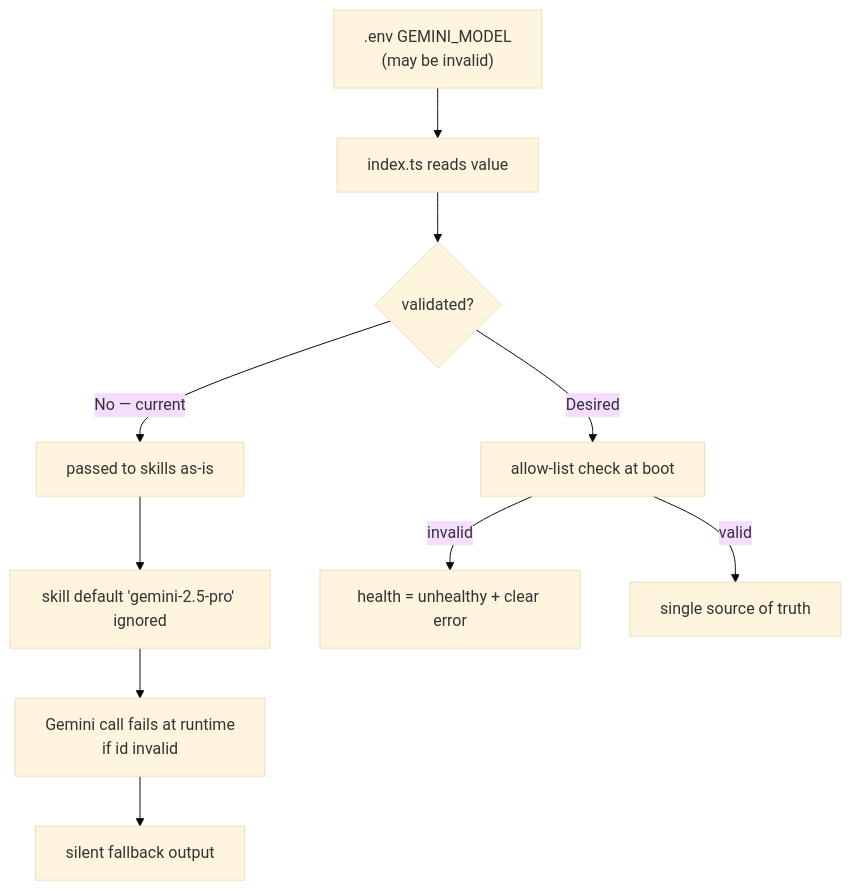
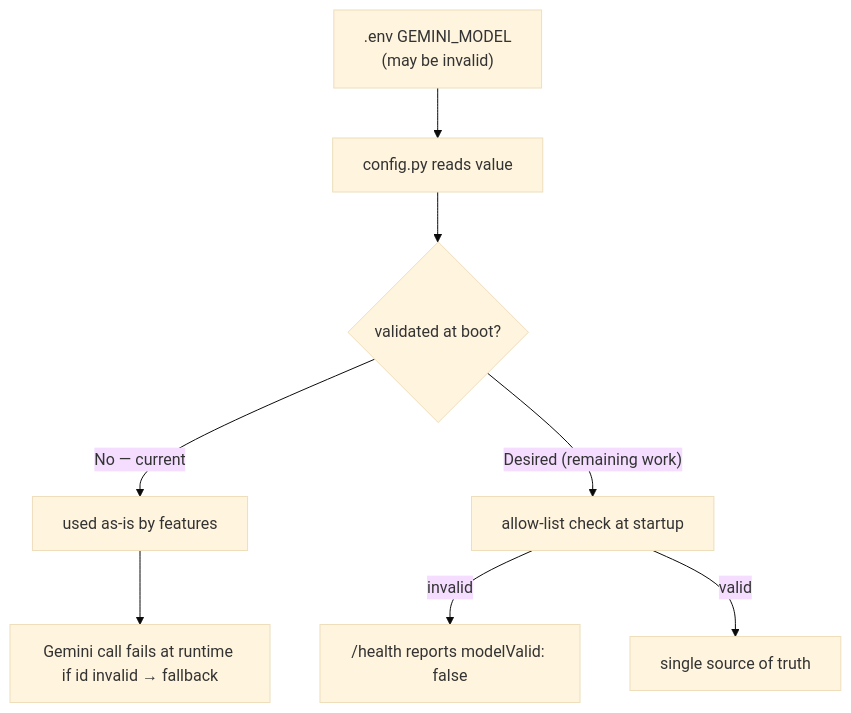
One commit to FixFlow-AI/FixFlow-AI-web changed the diagram in docs/specifications/ai_features/stories/AIE-01-prompt-brand-model-config.md. Above: the diagram before and after it, drawn with Mermaid (base theme). The commit also changed other lines of this file and 13 other files, not shown here.

````diff
--- a/docs/specifications/ai_features/stories/AIE-01-prompt-brand-model-config.md
+++ b/docs/specifications/ai_features/stories/AIE-01-prompt-brand-model-config.md
@@ -37,12 +32,10 @@
 ```mermaid
 flowchart TD
-    A[".env GEMINI_MODEL<br/>(may be invalid)"] --> B[index.ts reads value]
-    B --> C{validated?}
-    C -->|"No — current"| D[passed to skills as-is]
-    D --> E[skill default 'gemini-2.5-pro' ignored]
-    E --> F[Gemini call fails at runtime<br/>if id invalid]
-    F --> G[silent fallback output]
-    C -->|"Desired"| H[allow-list check at boot]
-    H -->|invalid| I[health = unhealthy + clear error]
+    A[".env GEMINI_MODEL<br/>(may be invalid)"] --> B[config.py reads value]
+    B --> C{validated at boot?}
+    C -->|"No — current"| D[used as-is by features]
+    D --> F[Gemini call fails at runtime if id invalid → fallback]
+    C -->|"Desired (remaining work)"| H[allow-list check at startup]
+    H -->|invalid| I["/health reports modelValid: false"]
     H -->|valid| J[single source of truth]
 ```
````
